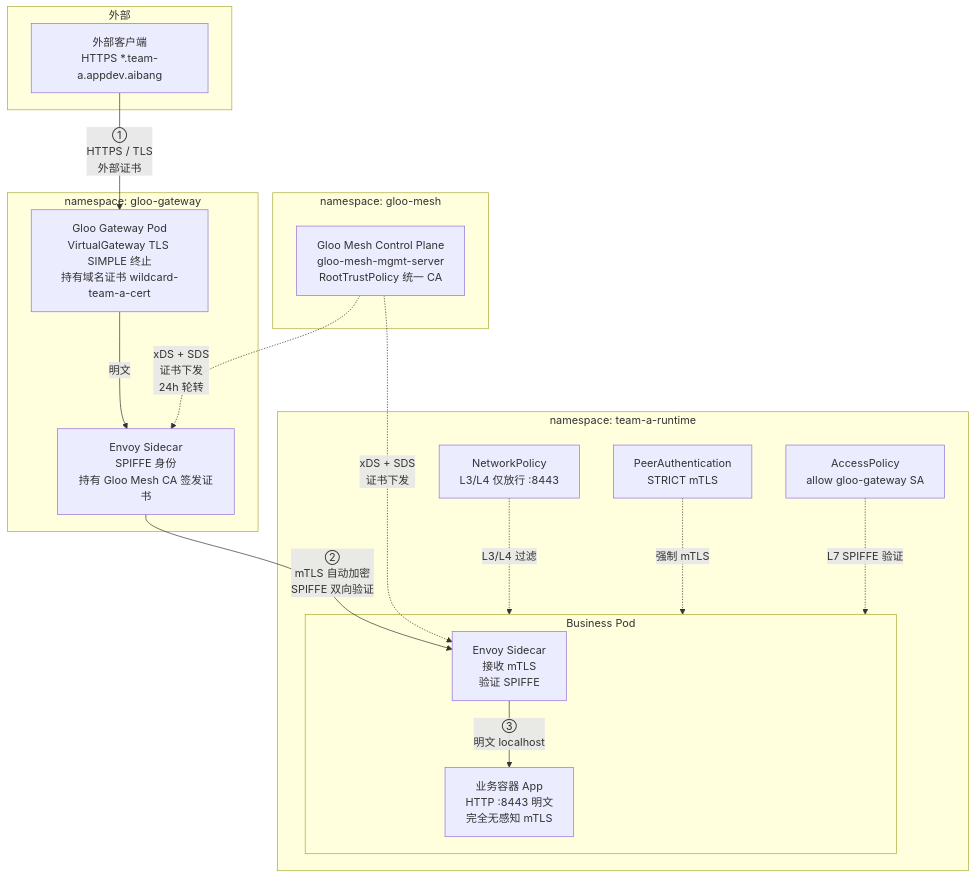
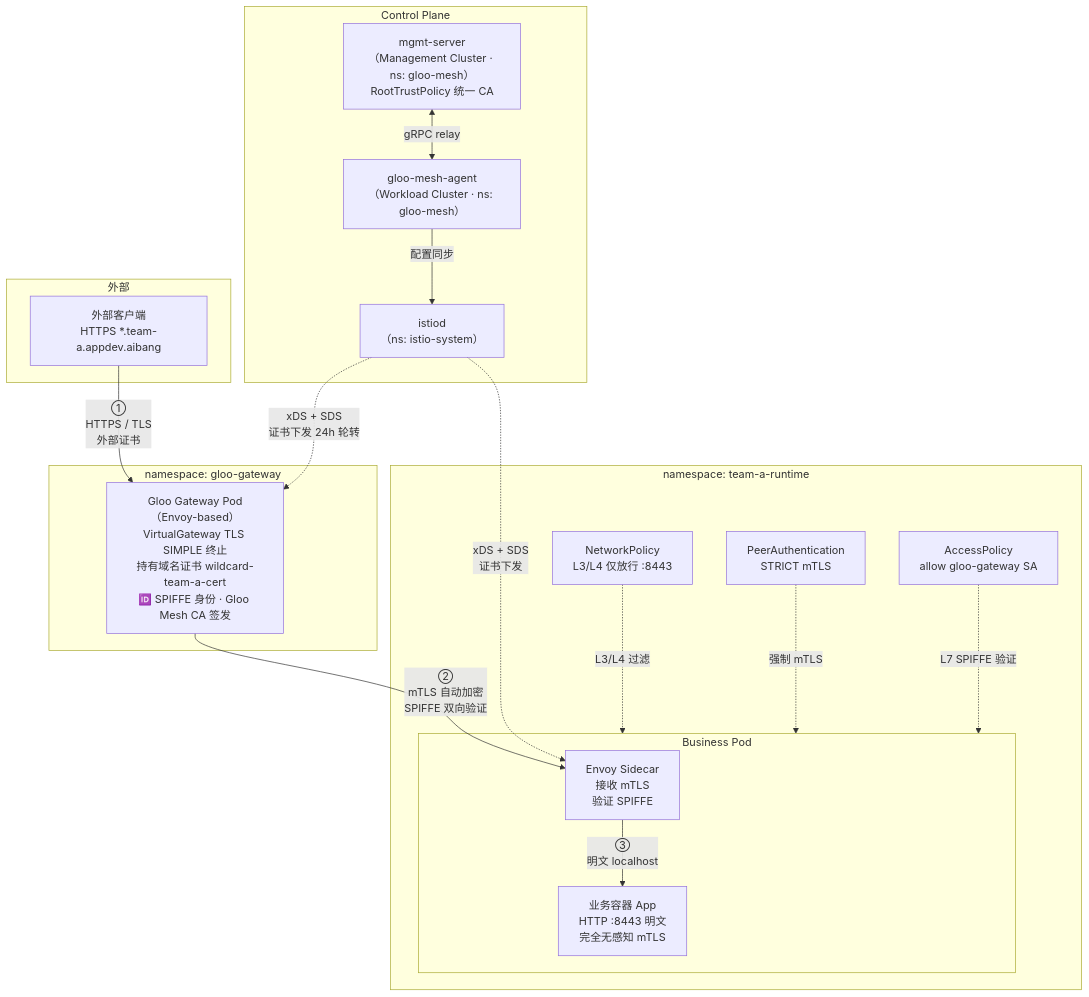
The third of 11 diagrams in gcp/asm/gloo/gloo-flow.md (aibangjuxin/knowledge), drawn with Mermaid before and after one commit. The commit also changed other lines of this file and 2 other files, not shown here.

````diff
--- a/gcp/asm/gloo/gloo-flow.md
+++ b/gcp/asm/gloo/gloo-flow.md
@@ -215,37 +218,39 @@
 ```mermaid
 graph TD
     subgraph External["外部"]
         Client["外部客户端\nHTTPS *.team-a.appdev.aibang"]
     end
 
     subgraph gloo-gw-ns["namespace: gloo-gateway"]
-        GGW["Gloo Gateway Pod\nVirtualGateway TLS SIMPLE 终止\n持有域名证书 wildcard-team-a-cert"]
-        GGW_SC["Envoy Sidecar\nSPIFFE 身份\n持有 Gloo Mesh CA 签发证书"]
+        GGW["Gloo Gateway Pod（Envoy-based）\nVirtualGateway TLS SIMPLE 终止\n持有域名证书 wildcard-team-a-cert\n🆔 SPIFFE 身份 · Gloo Mesh CA 签发"]
     end
 
-    subgraph gloo-mesh-ns["namespace: gloo-mesh"]
-        GMCP["Gloo Mesh Control Plane\ngloo-mesh-mgmt-server\nRootTrustPolicy 统一 CA"]
+    subgraph ctrl["Control Plane"]
+        MGMT["mgmt-server\n（Management Cluster · ns: gloo-mesh）\nRootTrustPolicy 统一 CA"]
+        AGENT["gloo-mesh-agent\n（Workload Cluster · ns: gloo-mesh）"]
+        ISTIOD["istiod\n（ns: istio-system）"]
     end
 
     subgraph team-a-ns["namespace: team-a-runtime"]
         NP["NetworkPolicy\nL3/L4 仅放行 :8443"]
         PA["PeerAuthentication\nSTRICT mTLS"]
         AP["AccessPolicy\nallow gloo-gateway SA"]
         subgraph pod["Business Pod"]
             RT_SC["Envoy Sidecar\n接收 mTLS\n验证 SPIFFE"]
             APP["业务容器 App\nHTTP :8443 明文\n完全无感知 mTLS"]
         end
     end
 
     Client -->|"①\nHTTPS / TLS\n外部证书"| GGW
-    GGW -->|"明文"| GGW_SC
-    GGW_SC -->|"②\nmTLS 自动加密\nSPIFFE 双向验证"| RT_SC
+    GGW -->|"②\nmTLS 自动加密\nSPIFFE 双向验证"| RT_SC
     RT_SC -->|"③\n明文 localhost"| APP
 
-    GMCP -.->|"xDS + SDS\n证书下发\n24h 轮转"| GGW_SC
-    GMCP -.->|"xDS + SDS\n证书下发"| RT_SC
+    MGMT <-->|"gRPC relay"| AGENT
+    AGENT -->|"配置同步"| ISTIOD
+    ISTIOD -.->|"xDS + SDS\n证书下发 24h 轮转"| GGW
+    ISTIOD -.->|"xDS + SDS\n证书下发"| RT_SC
 
     NP -.->|"L3/L4 过滤"| pod
     PA -.->|"强制 mTLS"| pod
     AP -.->|"L7 SPIFFE 验证"| pod
 ```
````
